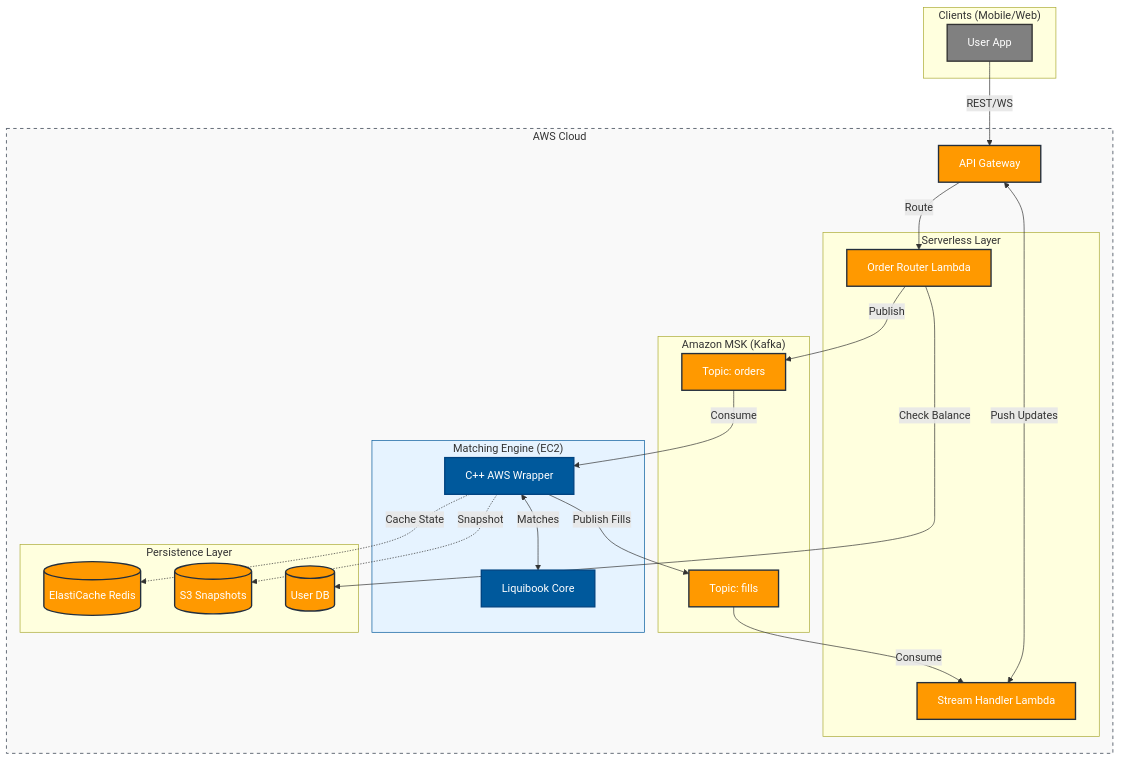
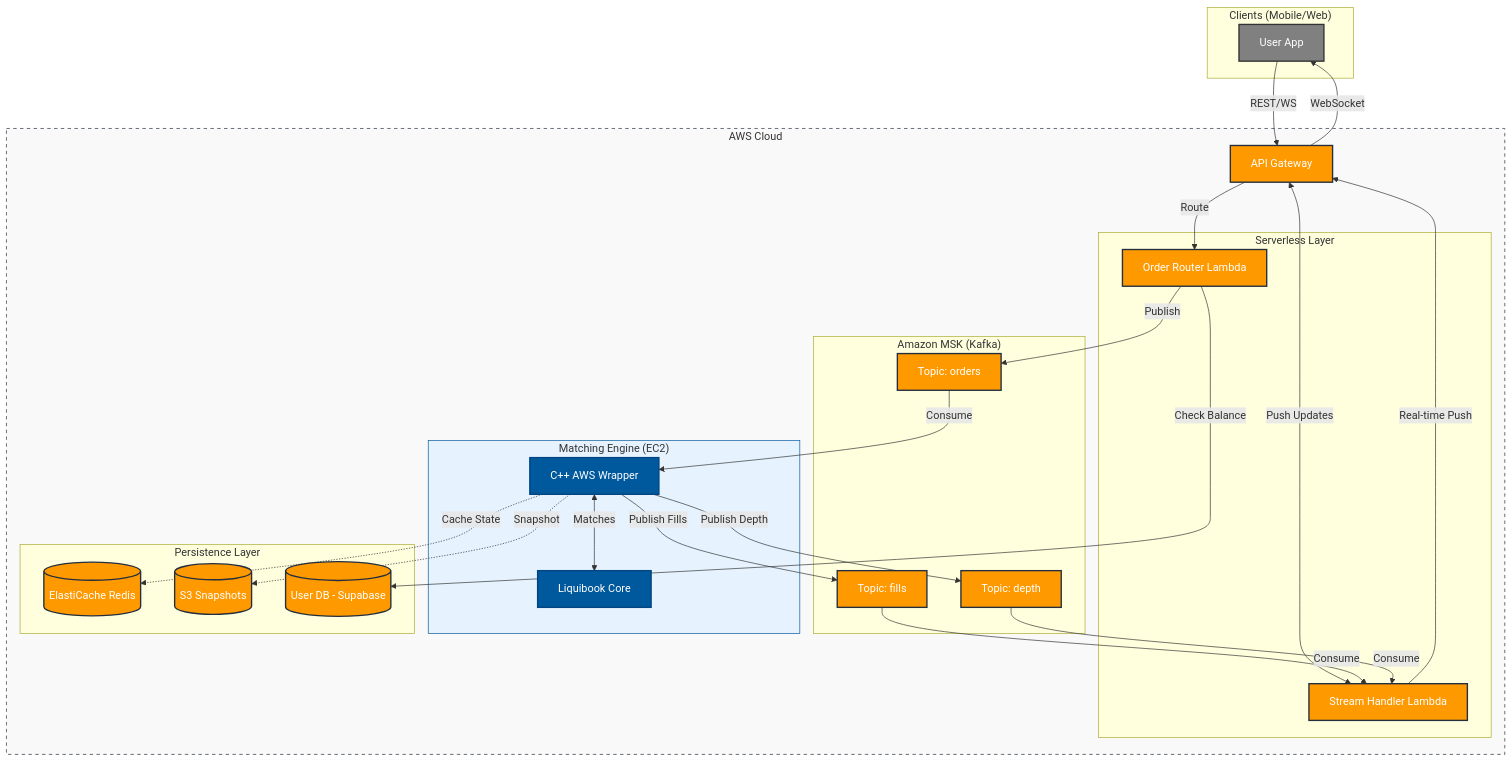
The fifth of 8 diagrams in AWS_ARCHITECTURE.md (Ustock-Organization/Supeprnoba-Core), drawn with Mermaid before and after one commit. The commit also changed other lines of this file and 2 other files, not shown here.

Commit message:
Update docs: move capacity to PERFORMANCE.md, add WebSocket to diagram, update DB label

````diff
--- a/AWS_ARCHITECTURE.md
+++ b/AWS_ARCHITECTURE.md
@@ -349,58 +349,63 @@
 ```mermaid
 graph TD
     %% Styles
     classDef aws fill:#FF9900,stroke:#232F3E,stroke-width:2px,color:white;
     classDef cpp fill:#00599C,stroke:#004482,stroke-width:2px,color:white;
     classDef client fill:#808080,stroke:#333,stroke-width:2px,color:white;
 
     subgraph Clients ["Clients (Mobile/Web)"]
         UserApp[User App]:::client
     end
 
     subgraph AWS_Cloud ["AWS Cloud"]
         style AWS_Cloud fill:#f9f9f9,stroke:#232F3E,stroke-dasharray: 5 5
 
         APIG[API Gateway]:::aws
         
         subgraph Serverless ["Serverless Layer"]
             OrderRouter[Order Router Lambda]:::aws
             StreamHandler[Stream Handler Lambda]:::aws
         end
 
         subgraph MSK_Cluster ["Amazon MSK (Kafka)"]
             Topic_Orders[Topic: orders]:::aws
             Topic_Fills[Topic: fills]:::aws
+            Topic_Depth[Topic: depth]:::aws
         end
 
         subgraph EC2_Layer ["Matching Engine (EC2)"]
             style EC2_Layer fill:#e6f3ff,stroke:#00599C
             
             Wrapper[C++ AWS Wrapper]:::cpp
             Liquibook[Liquibook Core]:::cpp
             
             Wrapper <-->|Matches| Liquibook
         end
 
         subgraph Persistence ["Persistence Layer"]
             Redis[(ElastiCache Redis)]:::aws
             S3[(S3 Snapshots)]:::aws
-            DB[(User DB)]:::aws
+            DB[(User DB - Supabase)]:::aws
         end
     end
 
     %% Connections
     UserApp -->|REST/WS| APIG
     APIG -->|Route| OrderRouter
     APIG <-->|Push Updates| StreamHandler
 
     OrderRouter -->|Check Balance| DB
     OrderRouter -->|Publish| Topic_Orders
     
     Topic_Orders -->|Consume| Wrapper
     Wrapper -->|Publish Fills| Topic_Fills
+    Wrapper -->|Publish Depth| Topic_Depth
     
     Topic_Fills -->|Consume| StreamHandler
+    Topic_Depth -->|Consume| StreamHandler
+    StreamHandler -->|Real-time Push| APIG
+    APIG -->|WebSocket| UserApp
     
     Wrapper -.->|Snapshot| S3
     Wrapper -.->|Cache State| Redis
 ```
````
